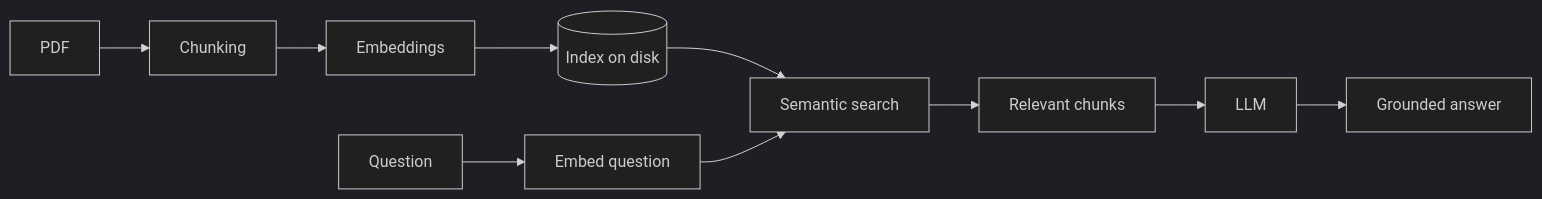
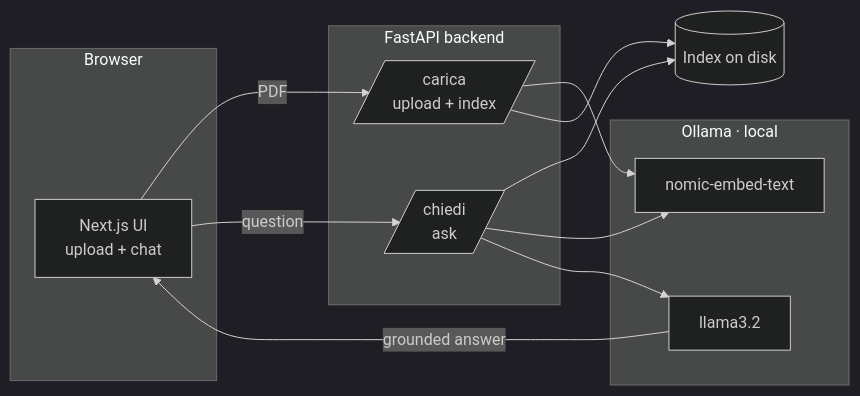
One commit to LeoDS99/arcane-famAIliar changed the diagram in README.md. Above: the diagram before and after it, drawn with Mermaid (dark theme). The commit also changed other lines of this file, not shown here.

````diff
--- a/README.md
+++ b/README.md
@@ -15,12 +17,23 @@
 ```mermaid
 flowchart LR
-    A[PDF] --> B[Chunking]
-    B --> C[Embeddings]
-    C --> D[(Index on disk)]
-    Q[Question] --> E[Embed question]
-    D --> F[Semantic search]
-    E --> F
-    F --> G[Relevant chunks]
-    G --> H[LLM]
-    H --> R[Grounded answer]
+    subgraph Browser
+        UI[Next.js UI<br/>upload + chat]
+    end
+    subgraph Backend[FastAPI backend]
+        UP[/carica<br/>upload + index/]
+        ASK[/chiedi<br/>ask/]
+    end
+    subgraph Ollama[Ollama · local]
+        EMB[nomic-embed-text]
+        GEN[llama3.2]
+    end
+
+    UI -->|PDF| UP
+    UP --> EMB
+    UP --> IDX[(Index on disk)]
+    UI -->|question| ASK
+    ASK --> IDX
+    ASK --> EMB
+    ASK --> GEN
+    GEN -->|grounded answer| UI
 ```
````
